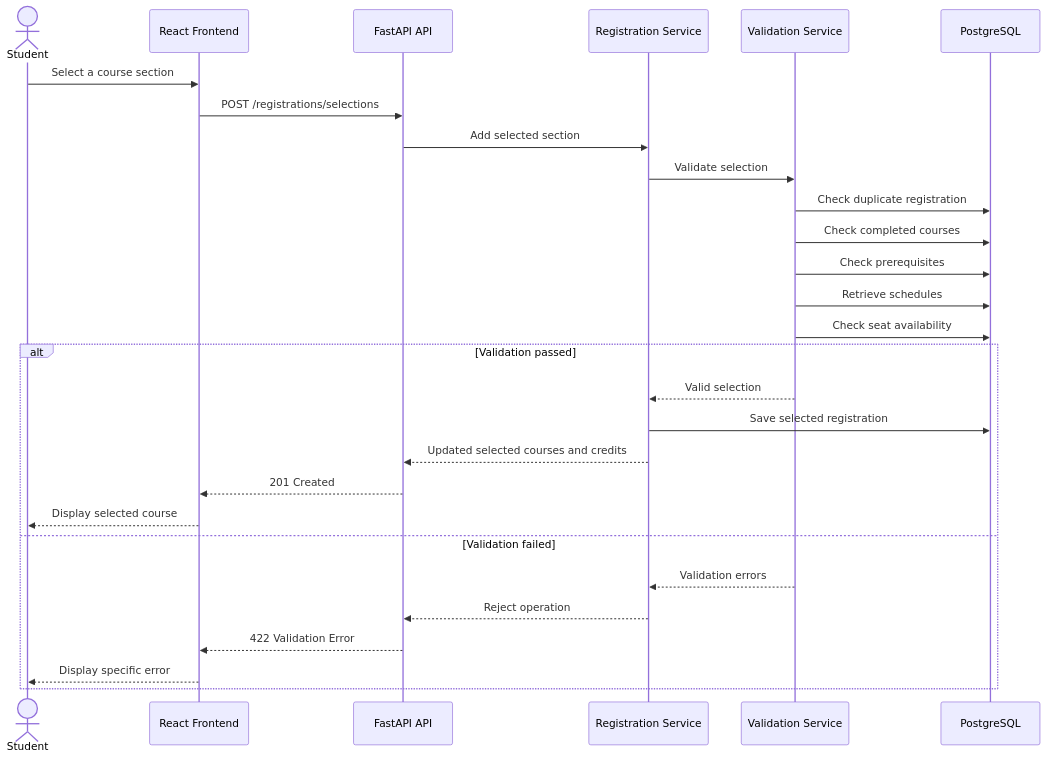
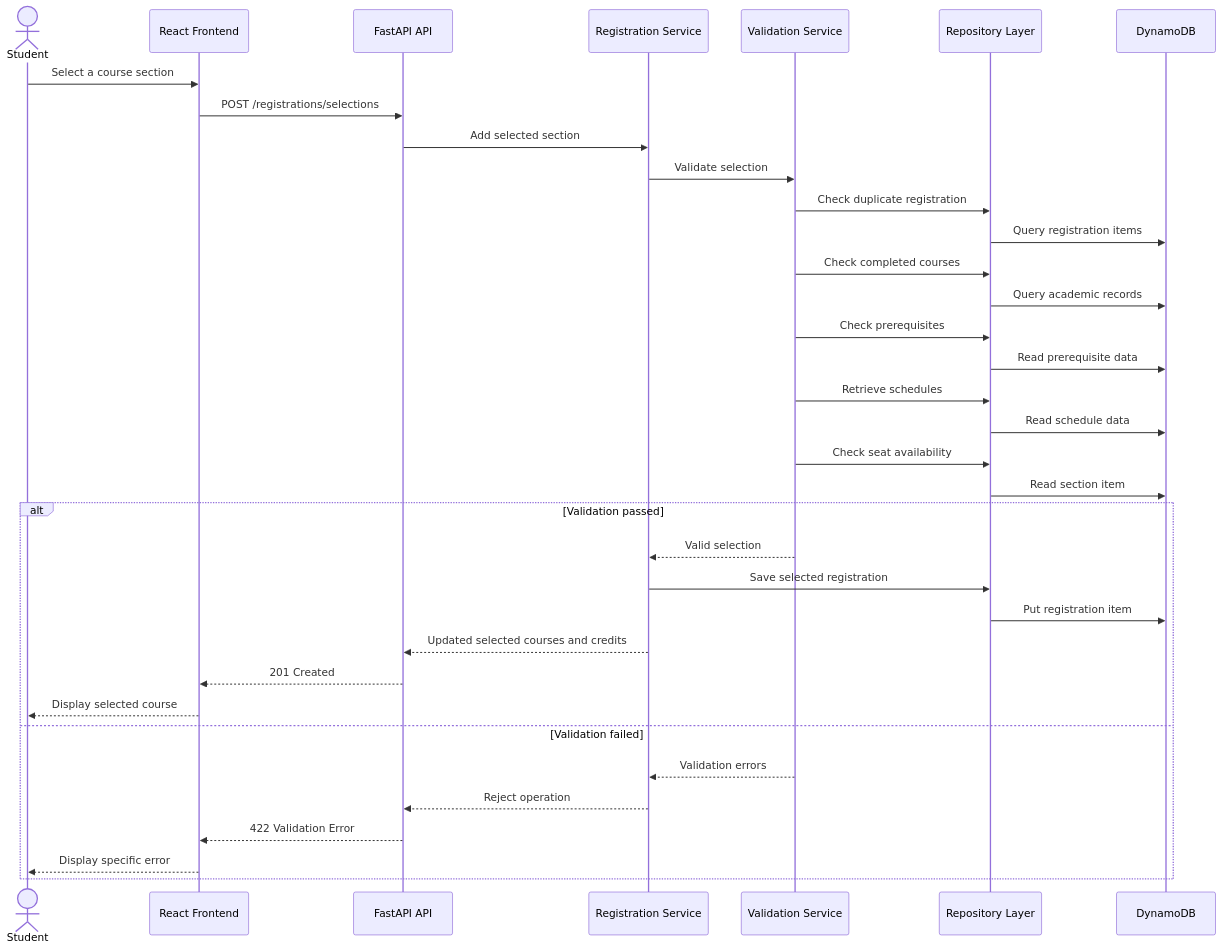
One commit to SS-Munna/CourseReg-wa changed the third of 7 diagrams in docs/19-system-design.md. Above: the diagram before and after it, drawn with Mermaid. The commit also changed other lines of this file and 9 other files, not shown here.

````diff
--- a/docs/19-system-design.md
+++ b/docs/19-system-design.md
@@ -585,33 +615,40 @@
 ```mermaid
 sequenceDiagram
     actor Student
     participant UI as React Frontend
     participant API as FastAPI API
     participant RS as Registration Service
     participant VS as Validation Service
-    participant DB as PostgreSQL
+    participant Repo as Repository Layer
+    participant DB as DynamoDB
 
     Student->>UI: Select a course section
     UI->>API: POST /registrations/selections
     API->>RS: Add selected section
     RS->>VS: Validate selection
 
-    VS->>DB: Check duplicate registration
-    VS->>DB: Check completed courses
-    VS->>DB: Check prerequisites
-    VS->>DB: Retrieve schedules
-    VS->>DB: Check seat availability
+    VS->>Repo: Check duplicate registration
+    Repo->>DB: Query registration items
+    VS->>Repo: Check completed courses
+    Repo->>DB: Query academic records
+    VS->>Repo: Check prerequisites
+    Repo->>DB: Read prerequisite data
+    VS->>Repo: Retrieve schedules
+    Repo->>DB: Read schedule data
+    VS->>Repo: Check seat availability
+    Repo->>DB: Read section item
 
     alt Validation passed
         VS-->>RS: Valid selection
-        RS->>DB: Save selected registration
+        RS->>Repo: Save selected registration
+        Repo->>DB: Put registration item
         RS-->>API: Updated selected courses and credits
         API-->>UI: 201 Created
         UI-->>Student: Display selected course
     else Validation failed
         VS-->>RS: Validation errors
         RS-->>API: Reject operation
         API-->>UI: 422 Validation Error
         UI-->>Student: Display specific error
     end
 ```
````
